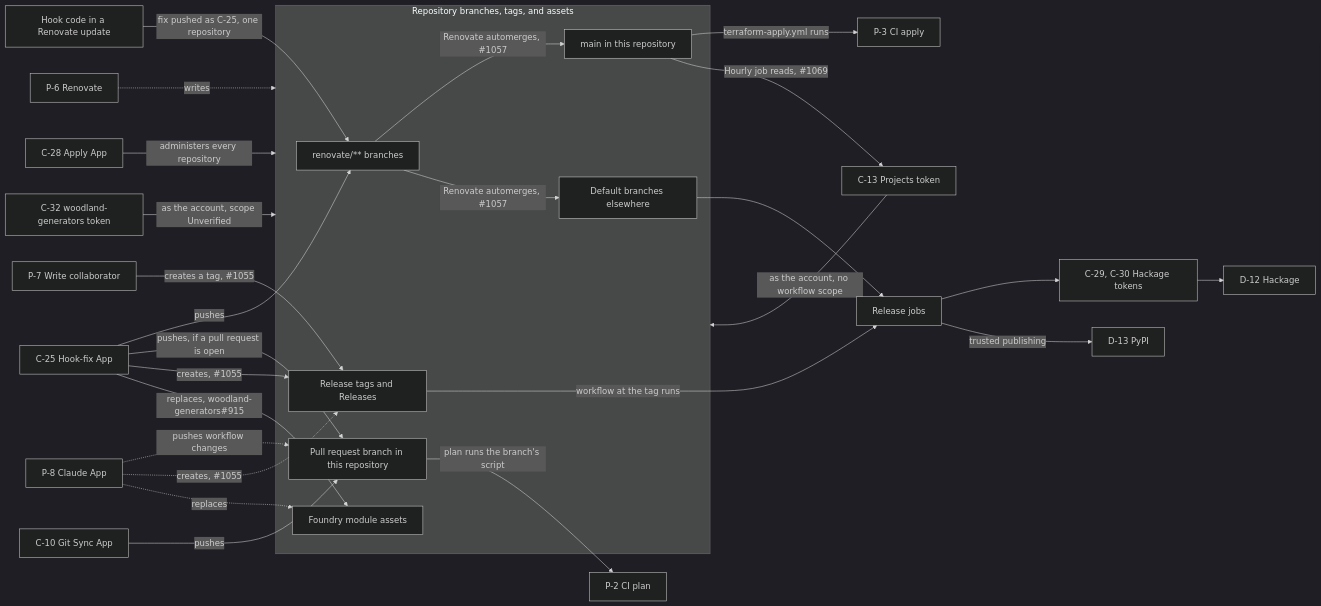
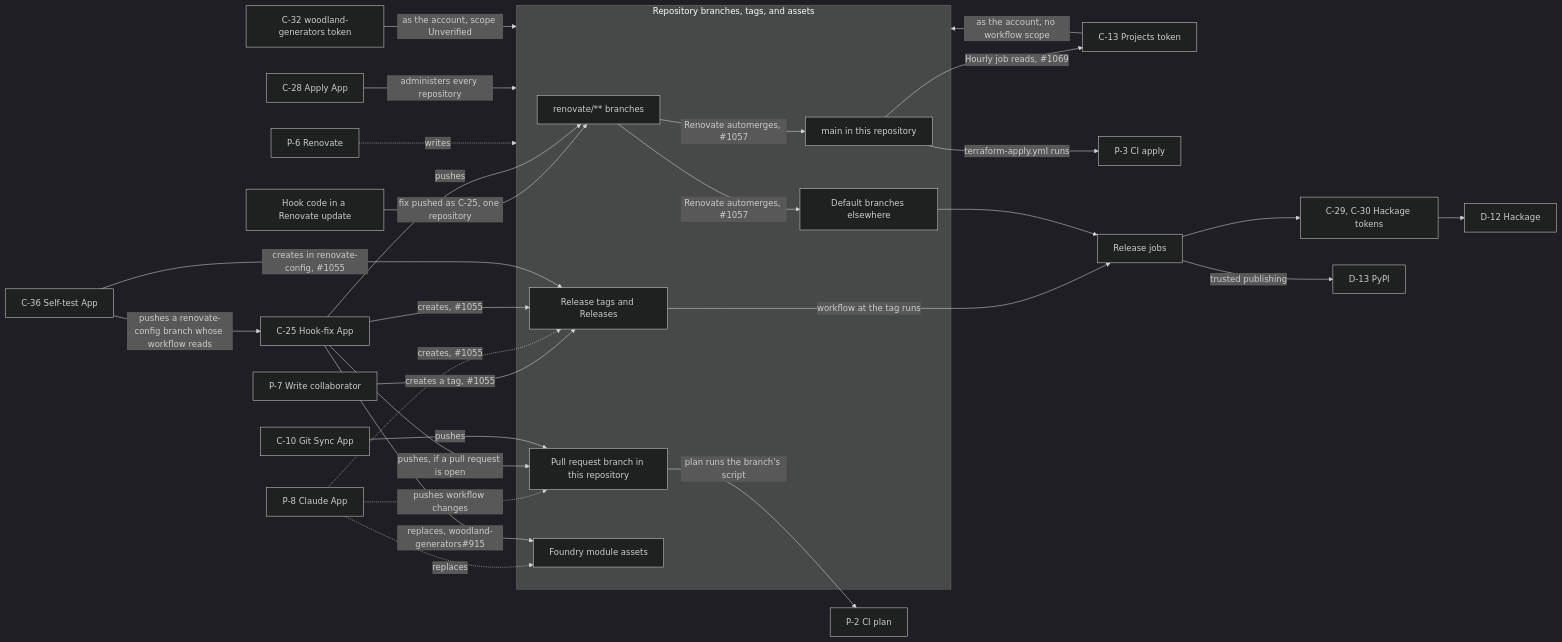
Before and after one commit to alunduil/alunduil-infrastructure: the first of 2 diagrams in docs/explanation/credential-reachability.md, drawn with Mermaid (dark theme). The commit also changed other lines of this file and 7 other files, not shown here.

First line of the commit message:
Add the hook-fix self-test GitHub App

````diff
--- a/docs/explanation/credential-reachability.md
+++ b/docs/explanation/credential-reachability.md
@@ -68,57 +68,60 @@
 ```mermaid
 flowchart LR
   hook["Hook code in a Renovate update"]
   p7["P-7 Write collaborator"]
   p6["P-6 Renovate"]
   p8["P-8 Claude App"]
   c25["C-25 Hook-fix App"]
+  c36["C-36 Self-test App"]
   c10["C-10 Git Sync App"]
   c28["C-28 Apply App"]
   c13["C-13 Projects token"]
   c32["C-32 woodland-generators token"]
   tokens["C-29, C-30 Hackage tokens"]
   p2["P-2 CI plan"]
   p3["P-3 CI apply"]
   job["Release jobs"]
   d12["D-12 Hackage"]
   d13["D-13 PyPI"]
 
   subgraph refs["Repository branches, tags, and assets"]
     branch["renovate/** branches"]
     pr["Pull request branch in this repository"]
     infra["main in this repository"]
     other["Default branches elsewhere"]
     tag["Release tags and Releases"]
     assets["Foundry module assets"]
   end
 
   hook -->|"fix pushed as C-25, one repository"| branch
   p7 -->|"creates a tag, #1055"| tag
 
   p6 -.->|"writes"| refs
   c28 -->|"administers every repository"| refs
   c13 -->|"as the account, no workflow scope"| refs
   c32 -->|"as the account, scope Unverified"| refs
 
   p8 -.->|"pushes workflow changes"| pr
   p8 -.->|"creates, #1055"| tag
   p8 -.->|"replaces"| assets
 
   c25 -->|"pushes"| branch
   c25 -->|"pushes, if a pull request is open"| pr
   c25 -->|"creates, #1055"| tag
   c25 -->|"replaces, woodland-generators#915"| assets
   c10 -->|"pushes"| pr
+  c36 -->|"pushes a renovate-config branch whose workflow reads"| c25
+  c36 -->|"creates in renovate-config, #1055"| tag
 
   branch -->|"Renovate automerges, #1057"| infra
   branch -->|"Renovate automerges, #1057"| other
   tag -->|"workflow at the tag runs"| job
   other --> job
 
   pr -->|"plan runs the branch's script"| p2
   infra -->|"terraform-apply.yml runs"| p3
   infra -->|"Hourly job reads, #1069"| c13
   job --> tokens
   job -->|"trusted publishing"| d13
   tokens --> d12
 ```
````
